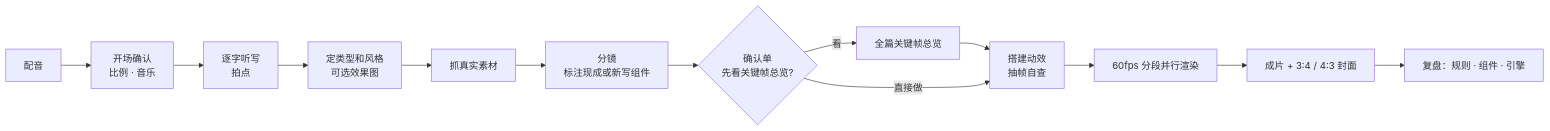
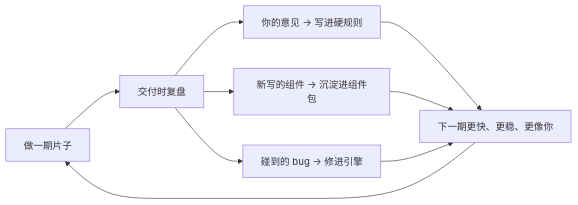
Before and after one commit to isaachang/motion-video-workflow: the diagram in README.md, drawn with Mermaid. The commit also changed other lines of this file and 25 other files, not shown here.

````diff
--- a/README.md
+++ b/README.md
@@ -130,14 +125,11 @@
 ```mermaid
 flowchart LR
-  A[配音] --> B[开场确认<br>比例 · 音乐]
-  B --> C[逐字听写<br>拍点]
-  C --> D[定类型和风格<br>可选效果图]
-  D --> E[抓真实素材]
-  E --> F[分镜<br>标注现成或新写组件]
-  F --> G{确认单<br>先看关键帧总览?}
-  G -- 看 --> H[全篇关键帧总览] --> I
-  G -- 直接做 --> I[搭建动效<br>抽帧自查]
-  I --> J[60fps 分段并行渲染]
-  J --> K[成片 + 3:4 / 4:3 封面]
-  K --> L[复盘：规则 · 组件 · 引擎]
+  A[做一期片子] --> B[交付时复盘]
+  B --> C[你的意见 → 写进硬规则]
+  B --> D[新写的组件 → 沉淀进组件包]
+  B --> E[碰到的 bug → 修进引擎]
+  C --> F[下一期更快、更稳、更像你]
+  D --> F
+  E --> F
+  F --> A
 ```
````
